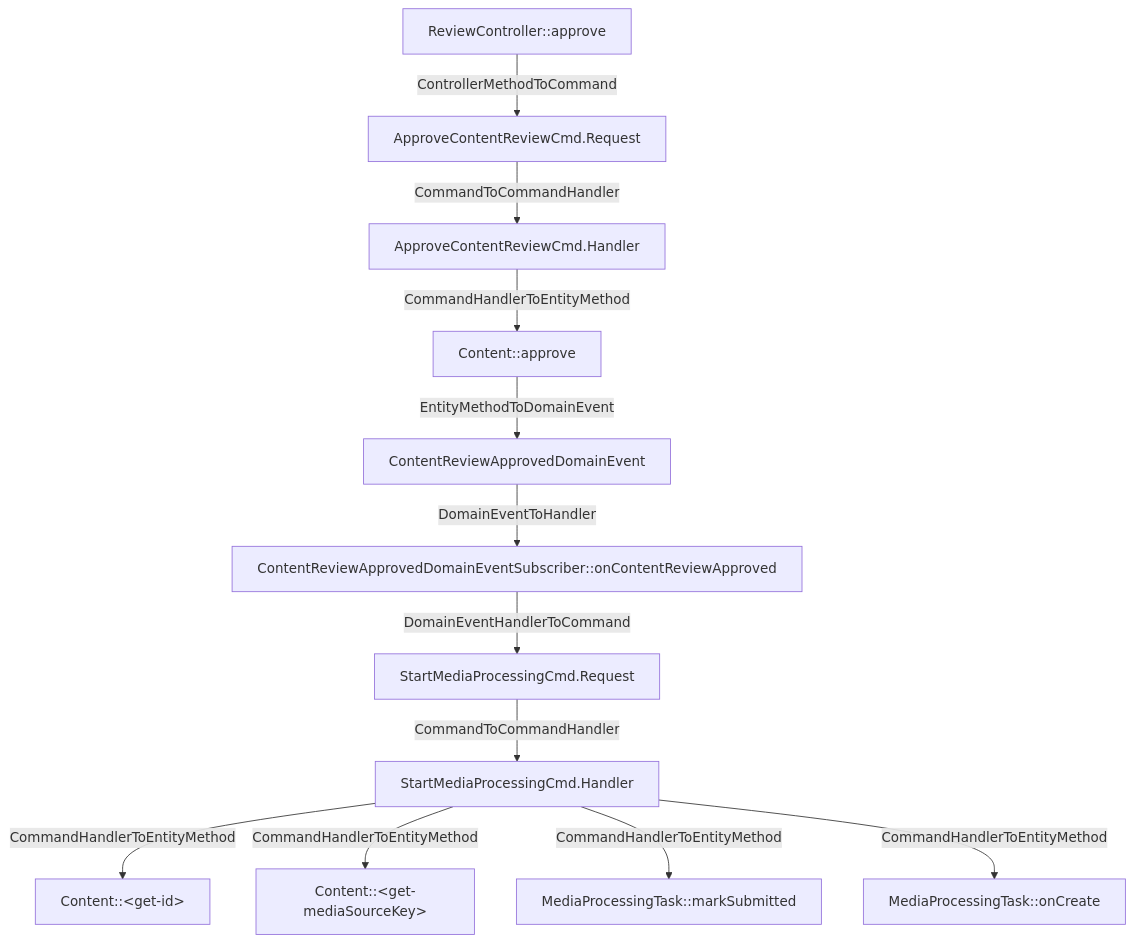
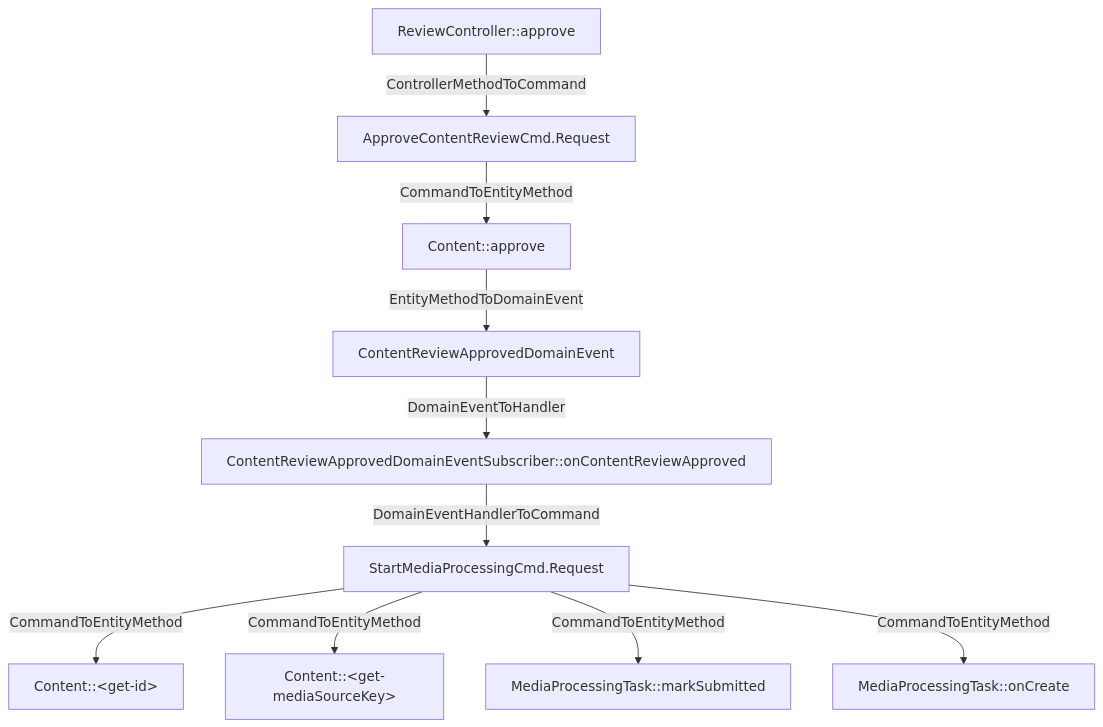
Before and after one commit to LDmoxeii/cap4k-reference-content-studio: the diagram in analysis/flows/com_only4_cap4k_reference_contentstudio_adapter_http_ReviewController_approve.mmd, drawn with Mermaid. The commit also changed 32 other files, not shown here.

Commit message:
chore: regenerate analysis flows

```diff
--- a/analysis/flows/com_only4_cap4k_reference_contentstudio_adapter_http_ReviewController_approve.mmd
+++ b/analysis/flows/com_only4_cap4k_reference_contentstudio_adapter_http_ReviewController_approve.mmd
@@ -1,24 +1,20 @@
 flowchart TD
   N1[ReviewController::approve]
-  N2[ApproveContentReviewCmd.Handler]
-  N3[ApproveContentReviewCmd.Request]
-  N4[StartMediaProcessingCmd.Handler]
-  N5[StartMediaProcessingCmd.Request]
-  N6[ContentReviewApprovedDomainEventSubscriber::onContentReviewApproved]
-  N7[Content::&lt;get-id&gt;]
-  N8[Content::&lt;get-mediaSourceKey&gt;]
-  N9[Content::approve]
-  N10[ContentReviewApprovedDomainEvent]
-  N11[MediaProcessingTask::markSubmitted]
-  N12[MediaProcessingTask::onCreate]
-  N1 -->|ControllerMethodToCommand| N3
-  N2 -->|CommandHandlerToEntityMethod| N9
-  N3 -->|CommandToCommandHandler| N2
-  N4 -->|CommandHandlerToEntityMethod| N7
-  N4 -->|CommandHandlerToEntityMethod| N8
-  N4 -->|CommandHandlerToEntityMethod| N11
-  N4 -->|CommandHandlerToEntityMethod| N12
-  N5 -->|CommandToCommandHandler| N4
-  N6 -->|DomainEventHandlerToCommand| N5
-  N9 -->|EntityMethodToDomainEvent| N10
-  N10 -->|DomainEventToHandler| N6
+  N2[ApproveContentReviewCmd.Request]
+  N3[StartMediaProcessingCmd.Request]
+  N4[ContentReviewApprovedDomainEventSubscriber::onContentReviewApproved]
+  N5[Content::&lt;get-id&gt;]
+  N6[Content::&lt;get-mediaSourceKey&gt;]
+  N7[Content::approve]
+  N8[ContentReviewApprovedDomainEvent]
+  N9[MediaProcessingTask::markSubmitted]
+  N10[MediaProcessingTask::onCreate]
+  N1 -->|ControllerMethodToCommand| N2
+  N2 -->|CommandToEntityMethod| N7
+  N3 -->|CommandToEntityMethod| N5
+  N3 -->|CommandToEntityMethod| N6
+  N3 -->|CommandToEntityMethod| N9
+  N3 -->|CommandToEntityMethod| N10
+  N4 -->|DomainEventHandlerToCommand| N3
+  N7 -->|EntityMethodToDomainEvent| N8
+  N8 -->|DomainEventToHandler| N4
```
